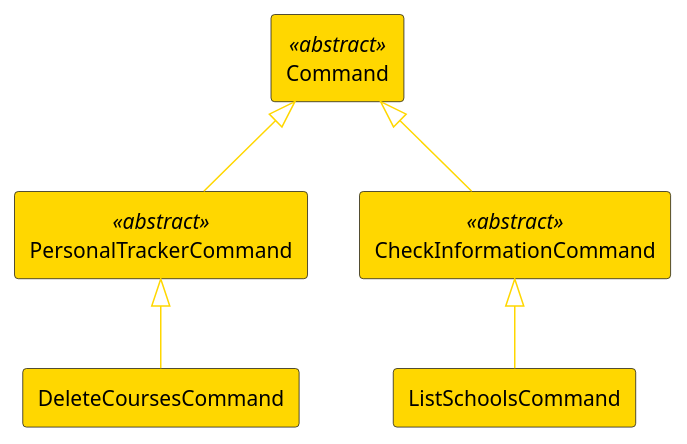
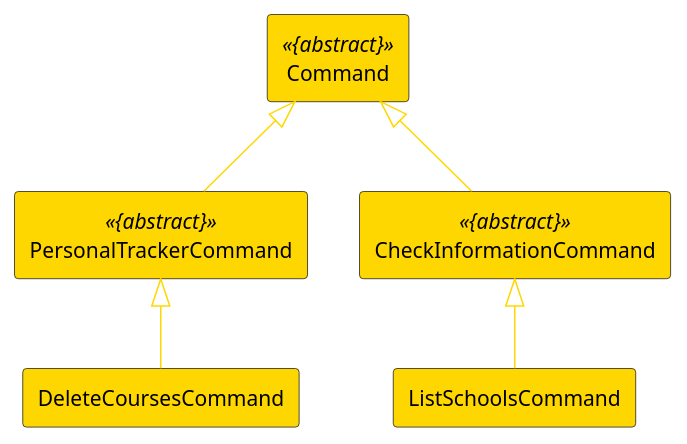
Before and after one commit to nus-cs2113-AY2425S1/tp: the diagram in docs/diagrams/MiniCommandClass.puml, drawn with PlantUML.

Commit message:
Add {} inside the <<>>

```diff
--- a/docs/diagrams/MiniCommandClass.puml
+++ b/docs/diagrams/MiniCommandClass.puml
@@ -1,17 +1,17 @@
 @startuml
 
 skinparam componentStyle rectangle
 
-component PersonalTrackerCommand <<abstract>> #gold
-component CheckInformationCommand <<abstract>> #gold
+component PersonalTrackerCommand <<{abstract}>> #gold
+component CheckInformationCommand <<{abstract}>> #gold
 component ListSchoolsCommand #gold
 component DeleteCoursesCommand #gold
-component Command <<abstract>> #gold
+component Command <<{abstract}>> #gold
 
 PersonalTrackerCommand -up[#gold]-|> Command
 CheckInformationCommand -up[#gold]-|> Command
 
 ListSchoolsCommand -up[#gold]-|> CheckInformationCommand
 DeleteCoursesCommand -up[#gold]-|> PersonalTrackerCommand
 
 @enduml
```
